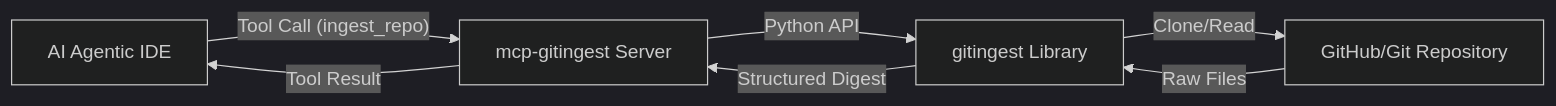
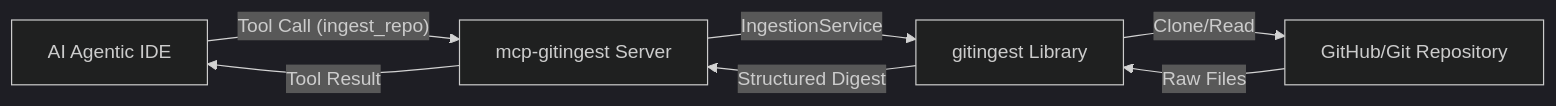
One commit to Ev3lynx727/mcp-gitingest changed the diagram in README.md. Above: the diagram before and after it, drawn with Mermaid (dark theme). The commit also changed other lines of this file, not shown here.

````diff
--- a/README.md
+++ b/README.md
@@ -84,9 +96,9 @@
 ```mermaid
 graph LR
     IDE[AI Agentic IDE] -- Tool Call (ingest_repo) --> MCP[mcp-gitingest Server]
-    MCP -- Python API --> GI[gitingest Library]
+    MCP -- IngestionService --> GI[gitingest Library]
     GI -- Clone/Read --> Git[GitHub/Git Repository]
     Git -- Raw Files --> GI
     GI -- Structured Digest --> MCP
     MCP -- Tool Result --> IDE
 ```
````
